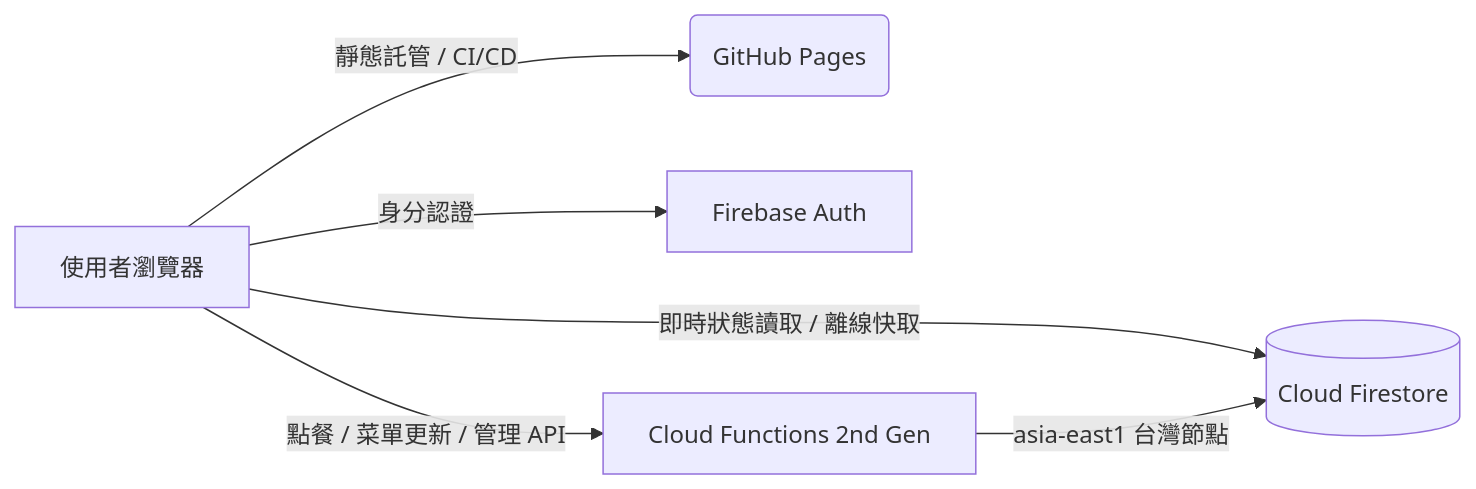
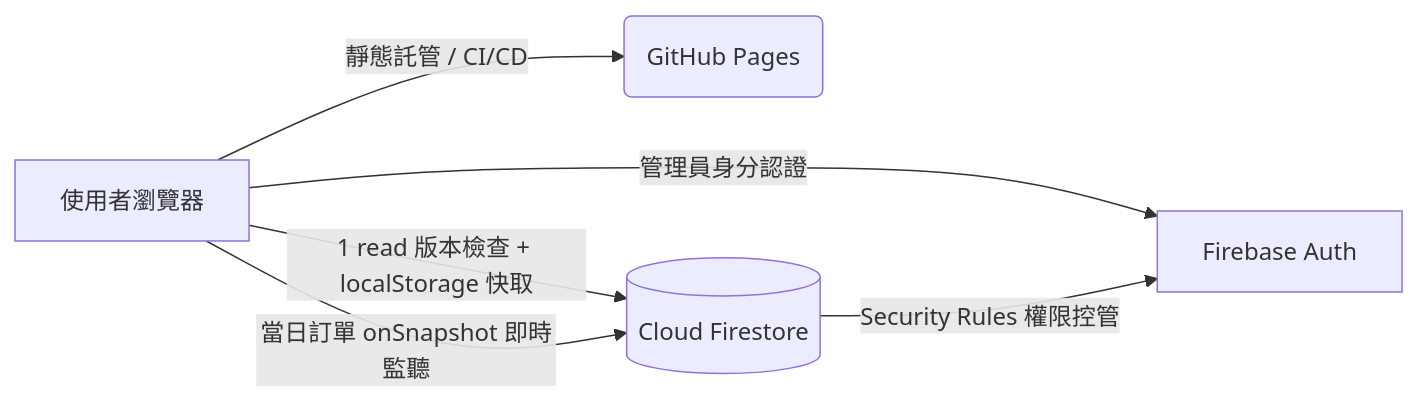
The diagram in READ.md (hippoking1/Lunch-Order-System), drawn with Mermaid before and after one commit. The commit also changed other lines of this file and 14 other files, not shown here.

Commit message:
perf: migrate to zero-cost Firebase Spark architecture with catalog cache and realtime daily sync

````diff
--- a/READ.md
+++ b/READ.md
@@ -54,8 +54,8 @@
 ```mermaid
 graph LR
   A[使用者瀏覽器] -->|靜態託管 / CI/CD| B(GitHub Pages)
-  A -->|即時狀態讀取 / 離線快取| C[(Cloud Firestore)]
-  A -->|身分認證| D[Firebase Auth]
-  A -->|點餐 / 菜單更新 / 管理 API| E[Cloud Functions 2nd Gen]
-  E -->|asia-east1 台灣節點| C
+  A -->|1 read 版本檢查 + localStorage 快取| C[(Cloud Firestore)]
+  A -->|當日訂單 onSnapshot 即時監聽| C
+  A -->|管理員身分認證| D[Firebase Auth]
+  C -->|Security Rules 權限控管| D
 ```
````
